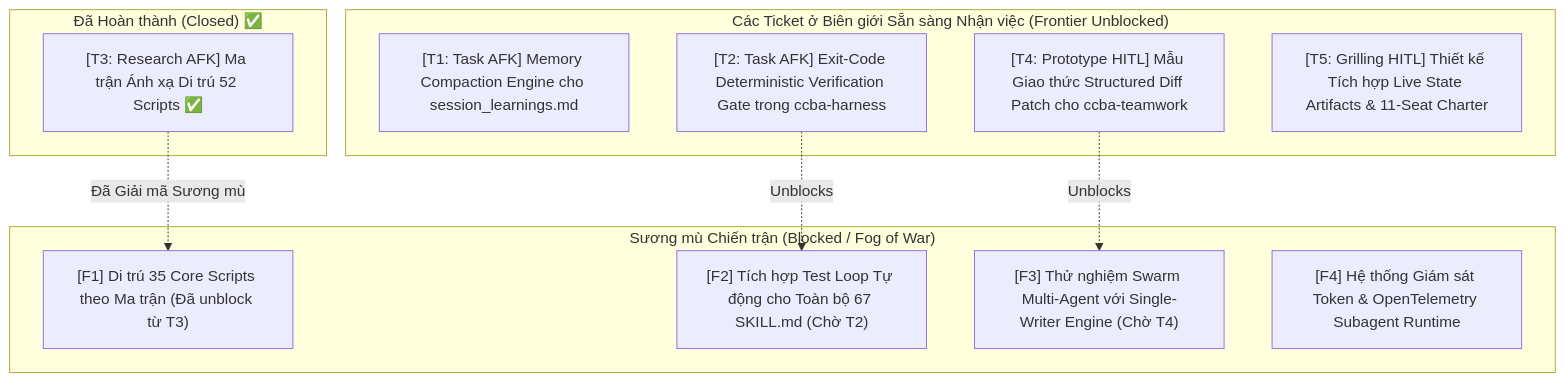
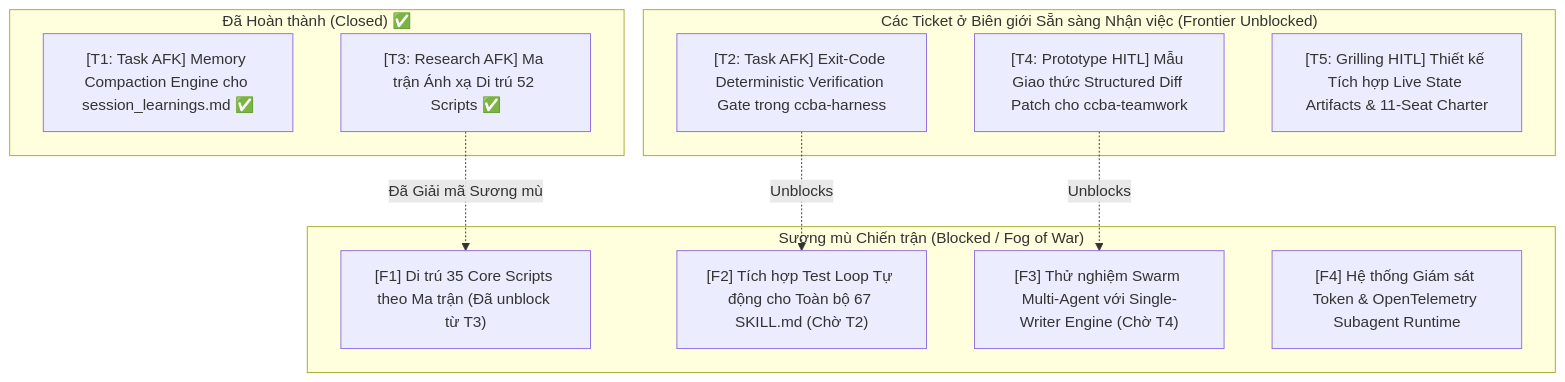
One commit to vvChu/ccba-agent-platform changed the diagram in .md/wayfinder/ccba-upgrade-roadmap/map.md. Above: the diagram before and after it, drawn with Mermaid. The commit also changed other lines of this file and 5 other files, not shown here.

Commit message:
feat(governance): implement memory compaction engine and compress session learnings to 8.56KB

````diff
--- a/.md/wayfinder/ccba-upgrade-roadmap/map.md
+++ b/.md/wayfinder/ccba-upgrade-roadmap/map.md
@@ -74,24 +79,24 @@
 ```mermaid
 flowchart TD
     subgraph Done ["Đã Hoàn thành (Closed) ✅"]
+        T1["[T1: Task AFK] Memory Compaction Engine cho session_learnings.md ✅"]
         T3["[T3: Research AFK] Ma trận Ánh xạ Di trú 52 Scripts ✅"]
     end
 
     subgraph Frontier ["Các Ticket ở Biên giới Sẵn sàng Nhận việc (Frontier Unblocked)"]
-        T1["[T1: Task AFK] Memory Compaction Engine cho session_learnings.md"]
         T2["[T2: Task AFK] Exit-Code Deterministic Verification Gate trong ccba-harness"]
         T4["[T4: Prototype HITL] Mẫu Giao thức Structured Diff Patch cho ccba-teamwork"]
         T5["[T5: Grilling HITL] Thiết kế Tích hợp Live State Artifacts & 11-Seat Charter"]
     end
 
     subgraph Fog ["Sương mù Chiến trận (Blocked / Fog of War)"]
         F1["[F1] Di trú 35 Core Scripts theo Ma trận (Đã unblock từ T3)"]
         F2["[F2] Tích hợp Test Loop Tự động cho Toàn bộ 67 SKILL.md (Chờ T2)"]
         F3["[F3] Thử nghiệm Swarm Multi-Agent với Single-Writer Engine (Chờ T4)"]
         F4["[F4] Hệ thống Giám sát Token & OpenTelemetry Subagent Runtime"]
     end
 
     T3 -.->|Đã Giải mã Sương mù| F1
     T2 -.->|Unblocks| F2
     T4 -.->|Unblocks| F3
 ```
````
